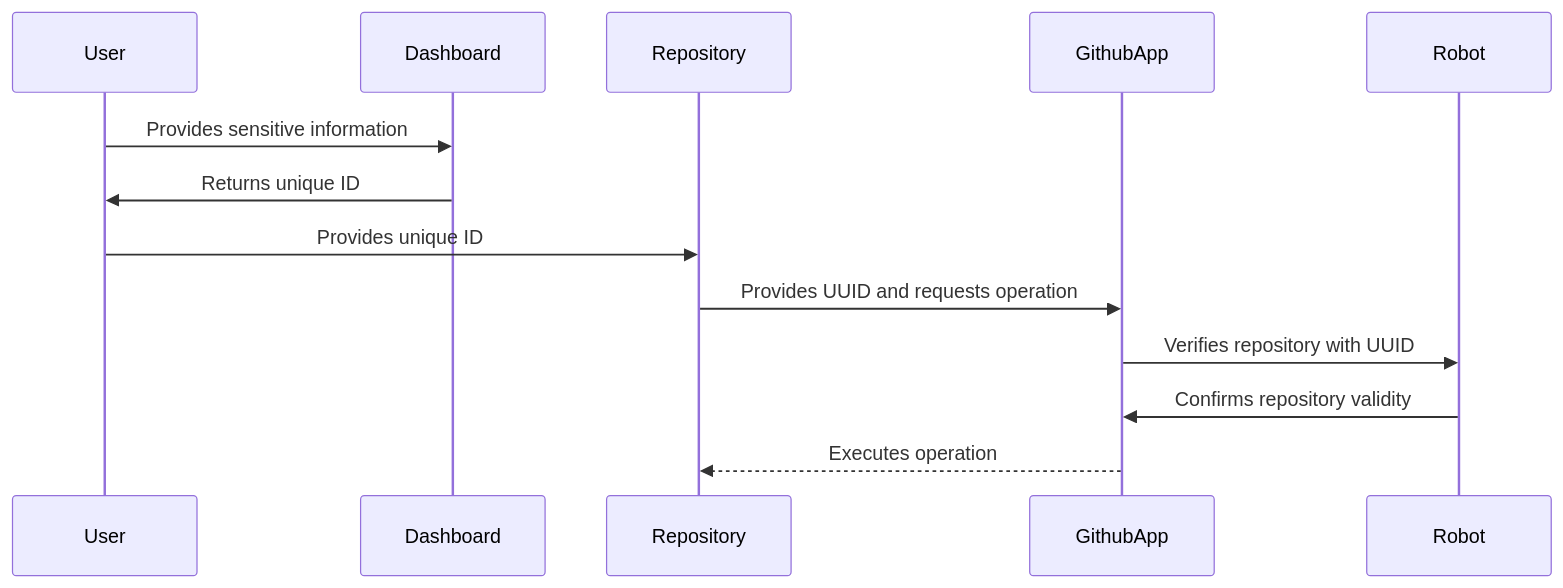
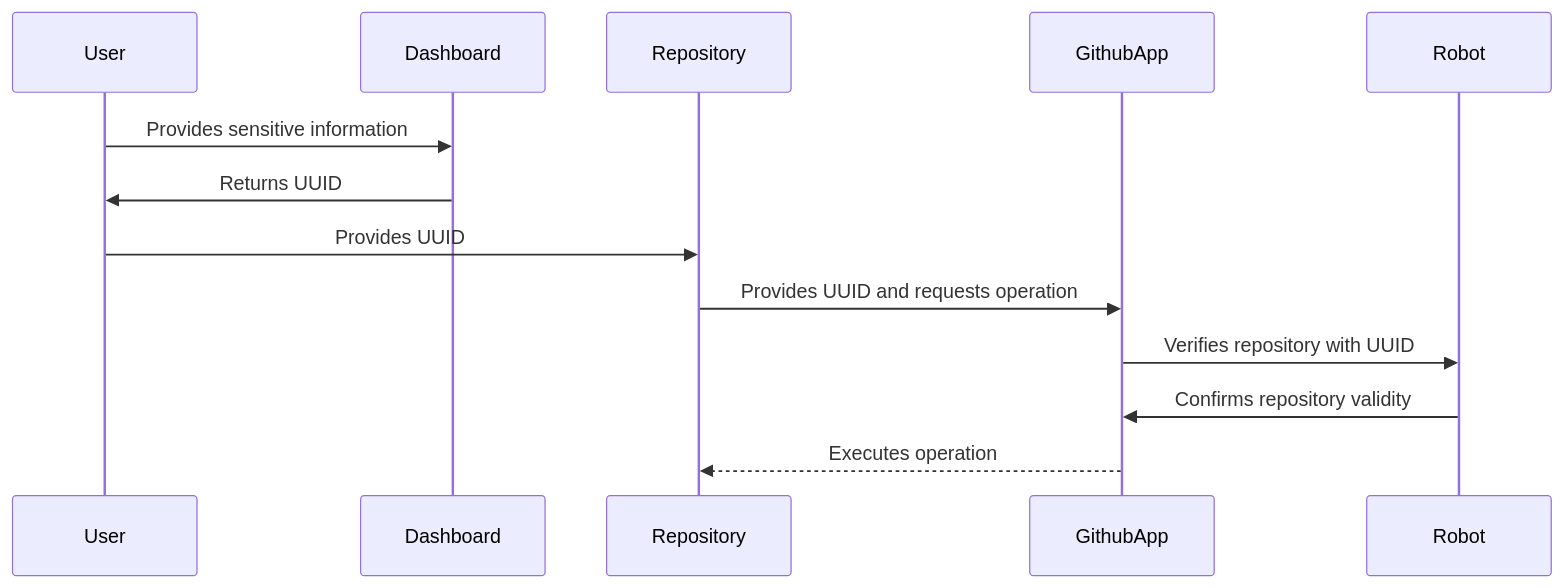
One commit to LlmKira/contributor changed the diagram in README.md. Above: the diagram before and after it, drawn with Mermaid.

Commit message:
✨ feat(contributor): Add CONTRIBUTING.md, CODE_OF_CONDUCT.md, and README.md files
- Add CONTRIBUTING.md outlining contribution guidelines
- Add CODE_OF_CONDUCT.md detailing community code of conduct
- Add README.md with project overview, features, and acknowledgements

````diff
--- a/README.md
+++ b/README.md
@@ -51,16 +51,15 @@
 ```mermaid
 sequenceDiagram
     participant User
     participant Dashboard
     participant Repository
     participant GithubApp
     participant Robot
-
-    User->>Dashboard: Provides sensitive information
-    Dashboard->>User: Returns unique ID
-    User->>Repository: Provides unique ID
-    Repository->>GithubApp: Provides UUID and requests operation
-    GithubApp->>Robot: Verifies repository with UUID
-    Robot->>GithubApp: Confirms repository validity
-    GithubApp-->>Repository: Executes operation
+    User ->> Dashboard: Provides sensitive information
+    Dashboard ->> User: Returns UUID
+    User ->> Repository: Provides UUID
+    Repository ->> GithubApp: Provides UUID and requests operation
+    GithubApp ->> Robot: Verifies repository with UUID
+    Robot ->> GithubApp: Confirms repository validity
+    GithubApp -->> Repository: Executes operation
 ```
````
